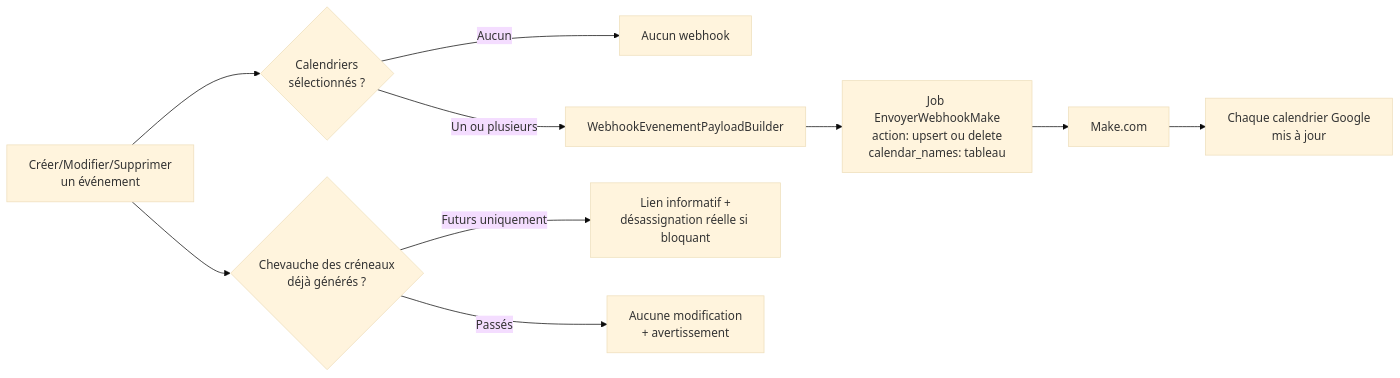
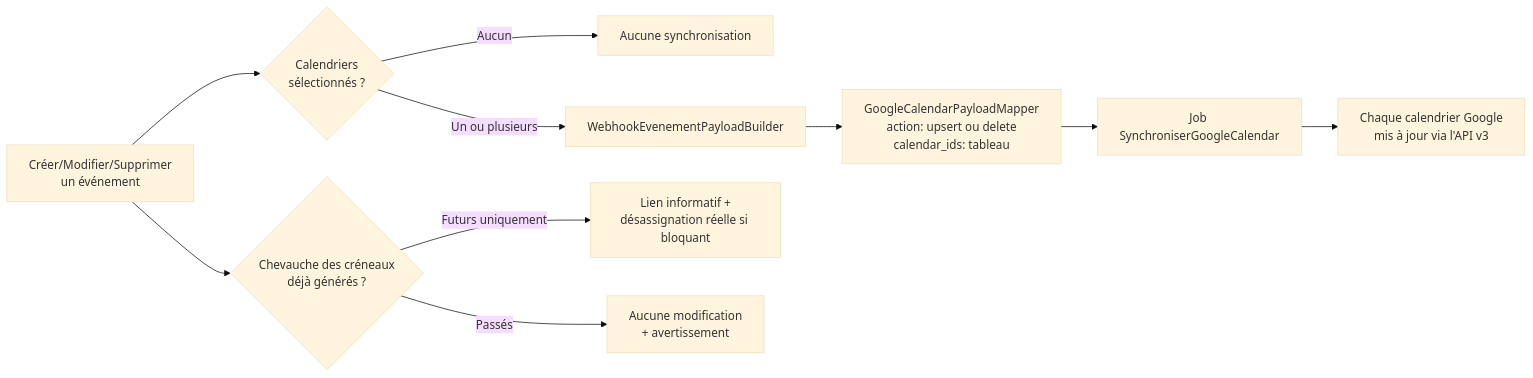
Before and after one commit to Djallel93/amana_web_planning: the sixth of 14 diagrams in README.md, drawn with Mermaid (base theme). The commit also changed other lines of this file and 41 other files, not shown here.

First line of the commit message:
feat: Implement Google Calendar integration with new services and database migrations

````diff
--- a/README.md
+++ b/README.md
@@ -341,12 +340,12 @@
 ```mermaid
 flowchart LR
     A[Créer/Modifier/Supprimer\nun événement] --> B{Calendriers\nsélectionnés ?}
-    B -->|Aucun| C[Aucun webhook]
+    B -->|Aucun| C[Aucune synchronisation]
     B -->|Un ou plusieurs| D[WebhookEvenementPayloadBuilder]
-    D --> E[Job EnvoyerWebhookMake\naction: upsert ou delete\ncalendar_names: tableau]
-    E --> F[Make.com]
-    F --> G[Chaque calendrier Google\nmis à jour]
+    D --> E[GoogleCalendarPayloadMapper\naction: upsert ou delete\ncalendar_ids: tableau]
+    E --> F[Job SynchroniserGoogleCalendar]
+    F --> G[Chaque calendrier Google\nmis à jour via l'API v3]
     A --> H{Chevauche des créneaux\ndéjà générés ?}
     H -->|Futurs uniquement| I[Lien informatif +\ndésassignation réelle si bloquant]
     H -->|Passés| J[Aucune modification\n+ avertissement]
 ```
````
